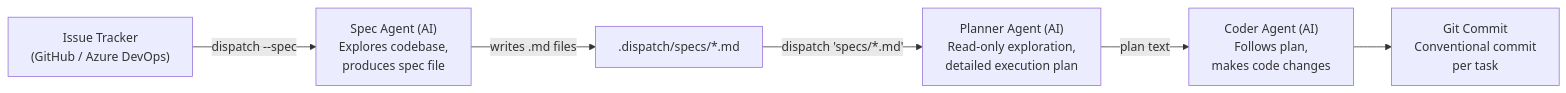
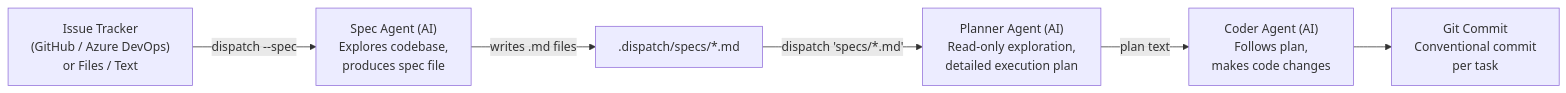
Before and after one commit to PatrickRuddiman/Dispatch: the fourth of 4 diagrams in docs/spec-generation/overview.md, drawn with Mermaid. The commit also changed other lines of this file and 66 other files, not shown here.

````diff
--- a/docs/spec-generation/overview.md
+++ b/docs/spec-generation/overview.md
@@ -123,8 +264,8 @@
 ```mermaid
 flowchart LR
-    A["Issue Tracker<br/>(GitHub / Azure DevOps)"] -->|"dispatch --spec"| B["Spec Agent (AI)<br/>Explores codebase,<br/>produces spec file"]
+    A["Issue Tracker<br/>(GitHub / Azure DevOps)<br/>or Files / Text"] -->|"dispatch --spec"| B["Spec Agent (AI)<br/>Explores codebase,<br/>produces spec file"]
     B -->|"writes .md files"| C[".dispatch/specs/*.md"]
     C -->|"dispatch 'specs/*.md'"| D["Planner Agent (AI)<br/>Read-only exploration,<br/>detailed execution plan"]
     D -->|"plan text"| E["Coder Agent (AI)<br/>Follows plan,<br/>makes code changes"]
     E --> F["Git Commit<br/>Conventional commit<br/>per task"]
 ```
````
